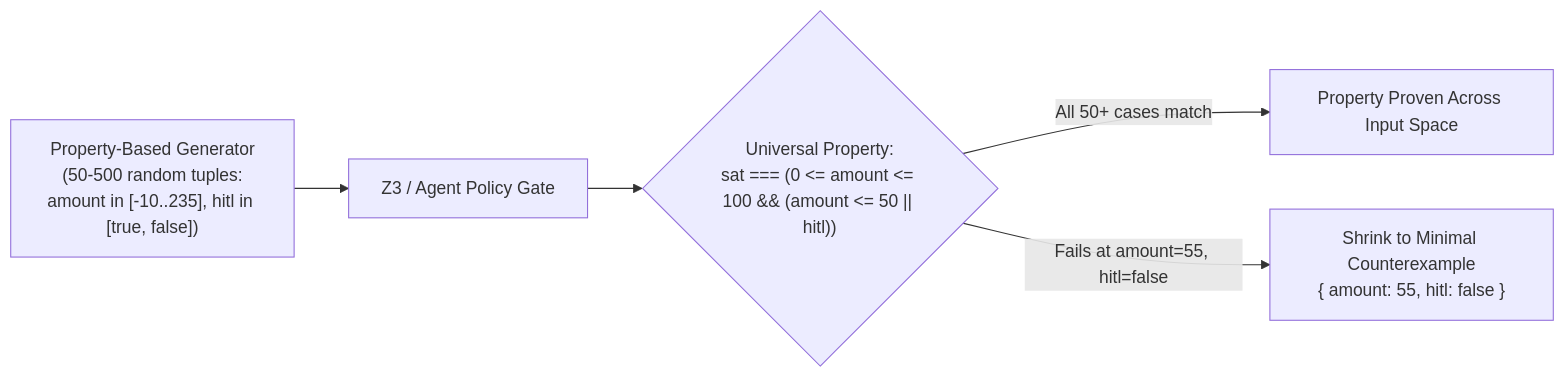
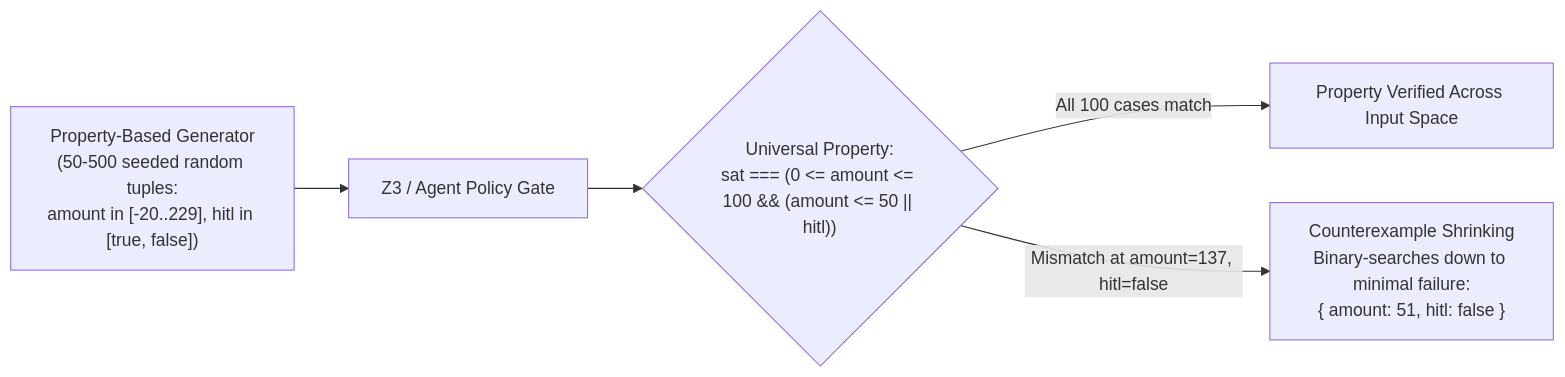
Before and after one commit to Amie-dev/FDE-and-GenAI-Mastery: the first of 2 diagrams in Lecture 42 - Neuro-Symbolic Verification Z3 and GEPA/notes/03_Property_Based_Testing_for_Stochastic_Agents.md, drawn with Mermaid. The commit also changed other lines of this file and 92 other files, not shown here.

````diff
--- a/Lecture 42 - Neuro-Symbolic Verification Z3 and GEPA/notes/03_Property_Based_Testing_for_Stochastic_Agents.md
+++ b/Lecture 42 - Neuro-Symbolic Verification Z3 and GEPA/notes/03_Property_Based_Testing_for_Stochastic_Agents.md
@@ -30,7 +38,7 @@
 ```mermaid
 flowchart LR
-    PBT["Property-Based Generator<br/>(50-500 random tuples:<br/>amount in [-10..235], hitl in [true, false])"] --> Policy["Z3 / Agent Policy Gate"]
-    Policy --> Invariant{"Universal Property:<br/>sat === (0 <= amount <= 100 && (amount <= 50 || hitl))"}
-    Invariant -->|"All 50+ cases match"| Pass["Property Proven Across Input Space"]
-    Invariant -->|"Fails at amount=55, hitl=false"| Shrink["Shrink to Minimal Counterexample<br/>{ amount: 55, hitl: false }"]
+    PBT["Property-Based Generator<br/>(50-500 seeded random tuples:<br/>amount in [-20..229], hitl in [true, false])"] --> Gate["Z3 / Agent Policy Gate"]
+    Gate --> Invariant{"Universal Property:<br/>sat === (0 <= amount <= 100 && (amount <= 50 || hitl))"}
+    Invariant -->|"All 100 cases match"| Pass["Property Verified Across Input Space"]
+    Invariant -->|"Mismatch at amount=137, hitl=false"| Shrink["Counterexample Shrinking<br/>Binary-searches down to minimal failure:<br/>{ amount: 51, hitl: false }"]
 ```
````
